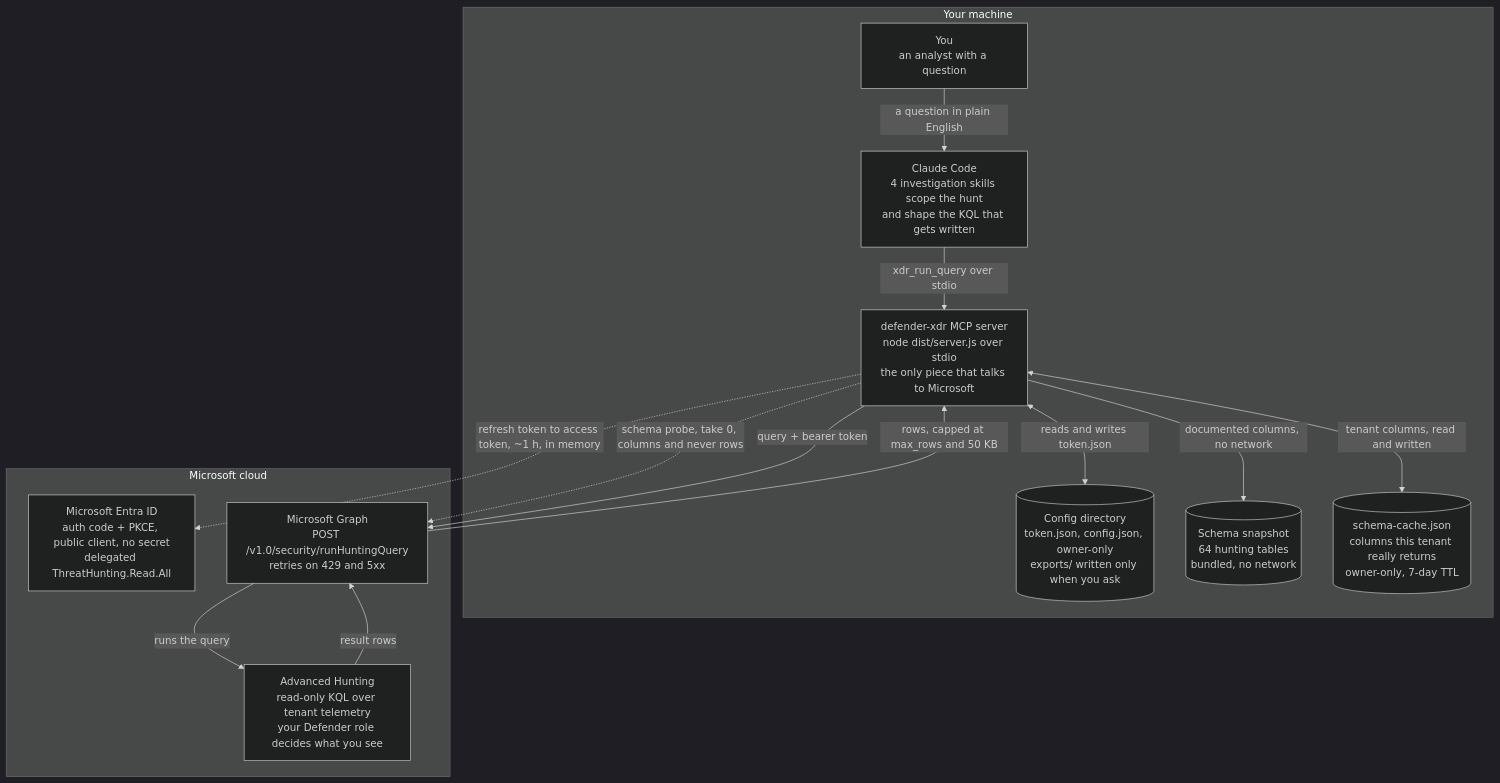
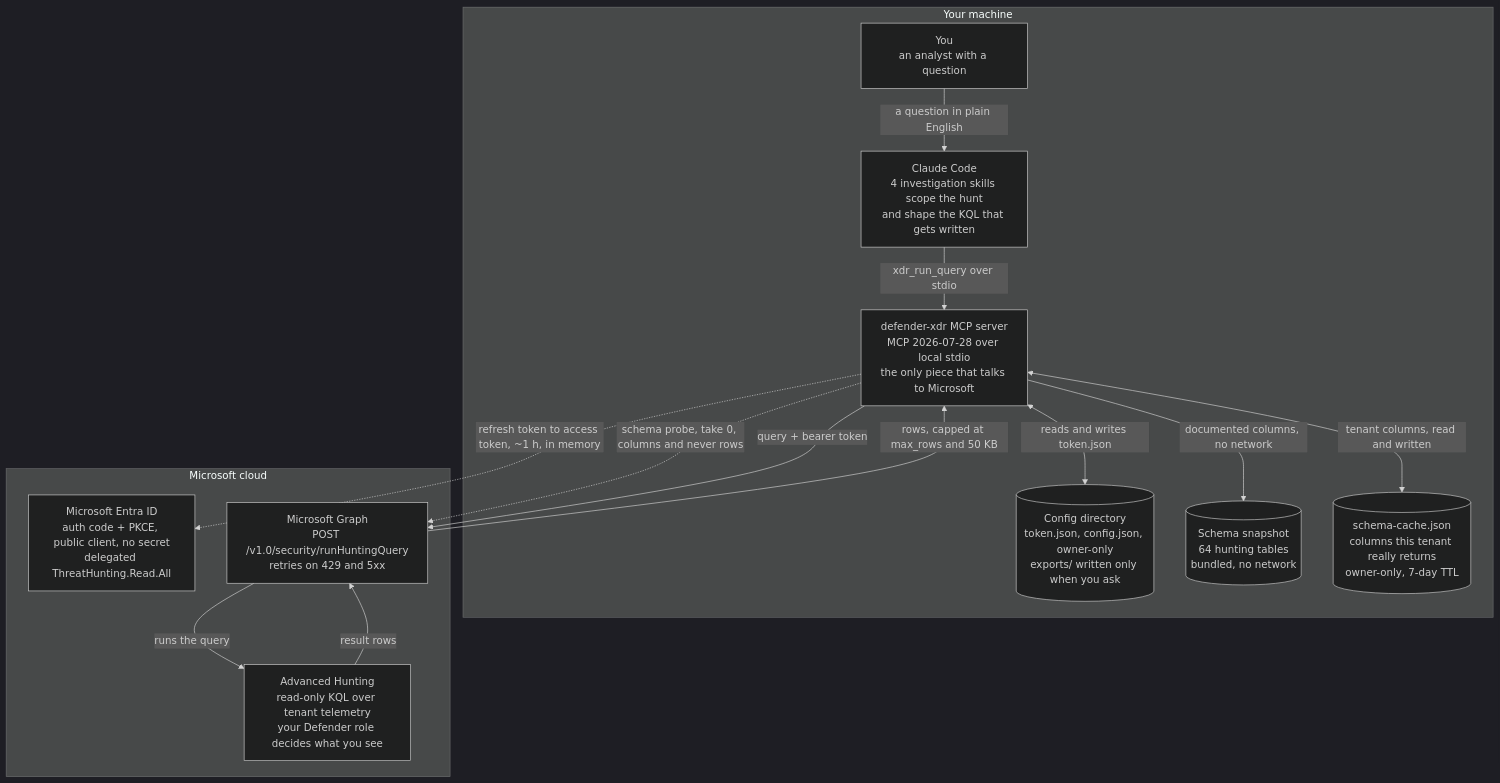
Before and after one commit to andrewtchilds/claude-defender-xdr: the first of 3 diagrams in docs/architecture.md, drawn with Mermaid (dark theme). The commit also changed other lines of this file and 13 other files, not shown here.

Commit message:
Migrate MCP server to v2 MRTR sign-in

````diff
--- a/docs/architecture.md
+++ b/docs/architecture.md
@@ -10,29 +10,29 @@
 ```mermaid
 flowchart TB
   subgraph machine["Your machine"]
     you["You<br/>an analyst with a question"]
     code["Claude Code<br/>4 investigation skills scope the hunt<br/>and shape the KQL that gets written"]
-    mcp["defender-xdr MCP server<br/>node dist/server.js over stdio<br/>the only piece that talks to Microsoft"]
+    mcp["defender-xdr MCP server<br/>MCP 2026-07-28 over local stdio<br/>the only piece that talks to Microsoft"]
     state[("Config directory<br/>token.json, config.json, owner-only<br/>exports/ written only when you ask")]
     snapshot[("Schema snapshot<br/>64 hunting tables<br/>bundled, no network")]
     cache[("schema-cache.json<br/>columns this tenant really returns<br/>owner-only, 7-day TTL")]
   end
 
   subgraph cloud["Microsoft cloud"]
     entra["Microsoft Entra ID<br/>auth code + PKCE, public client, no secret<br/>delegated ThreatHunting.Read.All"]
     msgraph["Microsoft Graph<br/>POST /v1.0/security/runHuntingQuery<br/>retries on 429 and 5xx"]
     hunting["Advanced Hunting<br/>read-only KQL over tenant telemetry<br/>your Defender role decides what you see"]
   end
 
   you -->|"a question in plain English"| code
   code -->|"xdr_run_query over stdio"| mcp
   mcp <-->|"reads and writes token.json"| state
   mcp -->|"documented columns, no network"| snapshot
   mcp <-->|"tenant columns, read and written"| cache
   mcp -.->|"refresh token to access token, ~1 h, in memory"| entra
   mcp -.->|"schema probe, take 0, columns and never rows"| msgraph
   mcp -->|"query + bearer token"| msgraph
   msgraph -->|"runs the query"| hunting
   hunting -->|"result rows"| msgraph
   msgraph -->|"rows, capped at max_rows and 50 KB"| mcp
 ```
````
